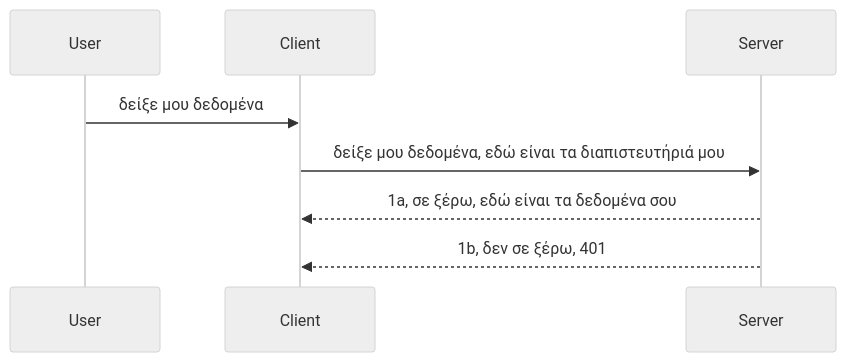
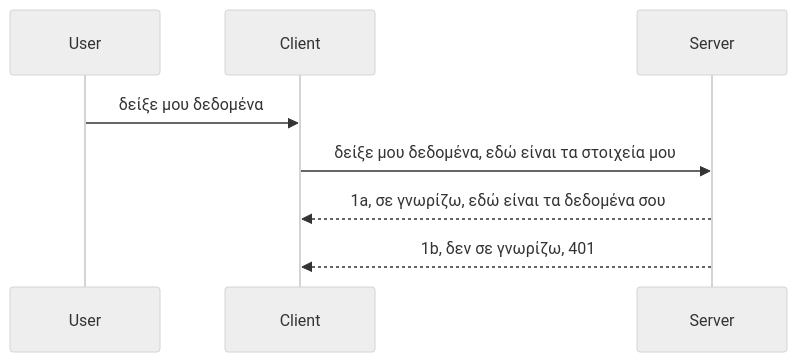
Before and after one commit to HIDORAKAI002/ai-workspace-archive: the diagram in mcp_ecosystem__model_context_protocol/mcp_learning_resources/mcp-for-beginners/translations/el/03-GettingStarted/11-simple-auth/README.md, drawn with Mermaid (neutral theme). The commit also changed other lines of this file and 1160 other files, not shown here.

````diff
--- a/mcp_ecosystem__model_context_protocol/mcp_learning_resources/mcp-for-beginners/translations/el/03-GettingStarted/11-simple-auth/README.md
+++ b/mcp_ecosystem__model_context_protocol/mcp_learning_resources/mcp-for-beginners/translations/el/03-GettingStarted/11-simple-auth/README.md
@@ -24,11 +24,11 @@
 ```mermaid
 sequenceDiagram
    participant User
    participant Client
    participant Server
 
    User->>Client: δείξε μου δεδομένα
-   Client->>Server: δείξε μου δεδομένα, εδώ είναι τα διαπιστευτήριά μου
-   Server-->>Client: 1a, σε ξέρω, εδώ είναι τα δεδομένα σου
-   Server-->>Client: 1b, δεν σε ξέρω, 401 
+   Client->>Server: δείξε μου δεδομένα, εδώ είναι τα στοιχεία μου
+   Server-->>Client: 1a, σε γνωρίζω, εδώ είναι τα δεδομένα σου
+   Server-->>Client: 1b, δεν σε γνωρίζω, 401 
 ```
````
